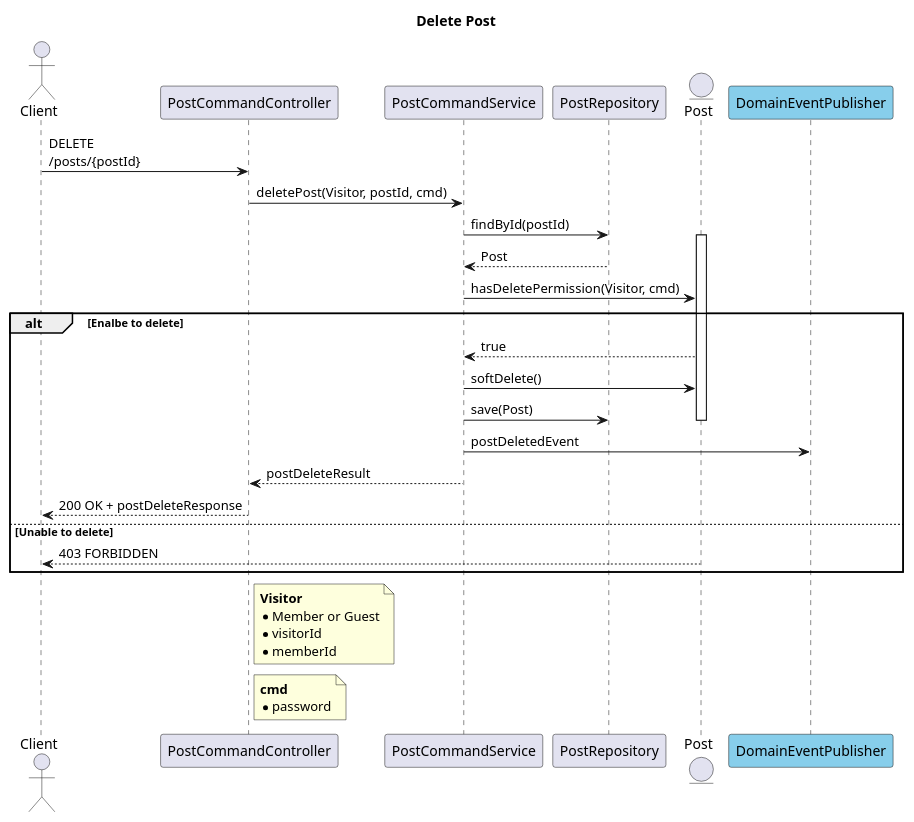
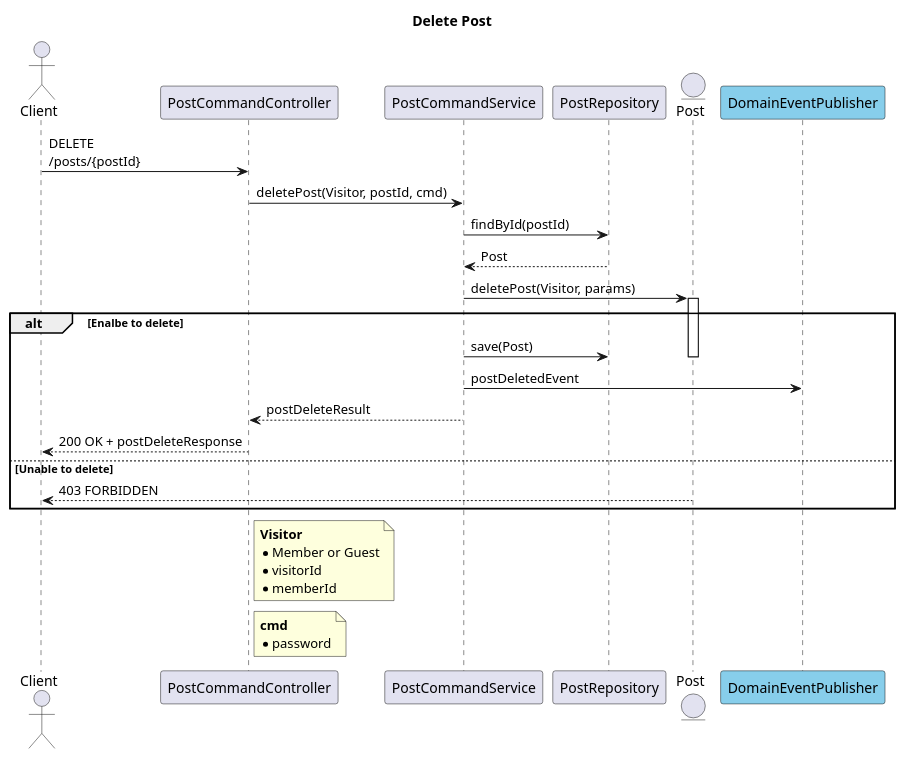
Before and after one commit to SimpleBoardTeam/simpleBoard-server: the diagram in document/puml/event/externalAPI/boardContext/postAggregate/deletePost.puml, drawn with PlantUML. The commit also changed 1 other file, not shown here.

Commit message:
docs(diagram): Post 이벤트 다이어그램 수정 - deletePost의 Service 계층 업무 축소

```diff
--- a/document/puml/event/externalAPI/boardContext/postAggregate/deletePost.puml
+++ b/document/puml/event/externalAPI/boardContext/postAggregate/deletePost.puml
@@ -1,49 +1,48 @@
 @startuml deletePostSeq
 title Delete Post
 
 actor Client
 participant PostCommandController
 participant PostCommandService
 participant PostRepository
 entity      Post
 participant DomainEventPublisher #skyblue
 
 Client -> PostCommandController : DELETE\n/posts/{postId}
 '--- Controller
 PostCommandController -> PostCommandService : deletePost(Visitor, postId, cmd)
 '--- Service
 PostCommandService -> PostRepository : findById(postId)
 '--- Repository
+PostRepository --> PostCommandService : Post
+PostCommandService -> Post : deletePost(Visitor, params)
 activate Post
-PostRepository --> PostCommandService : Post
-PostCommandService -> Post : hasDeletePermission(Visitor, cmd)
 
 alt Enalbe to delete
-Post --> PostCommandService : true
-PostCommandService -> Post : softDelete()
+
 PostCommandService -> PostRepository : save(Post)
 deactivate Post
 '--- Event
 PostCommandService -> DomainEventPublisher : postDeletedEvent
 '--- Response
 PostCommandService --> PostCommandController : postDeleteResult
 PostCommandController --> Client :  200 OK + postDeleteResponse
 else Unable to delete
 Post --> Client : 403 FORBIDDEN
 end
 
 
 note right of PostCommandController
 <b>Visitor</b>
 * Member or Guest
 * visitorId
 * memberId
 end note
 note right of PostCommandController
 <b>cmd</b>
 * password
 end note
 
 '!include ../../../eventHandling/boardContext/commentAggregate/postDeletedHandle.puml
 
 @enduml
```
